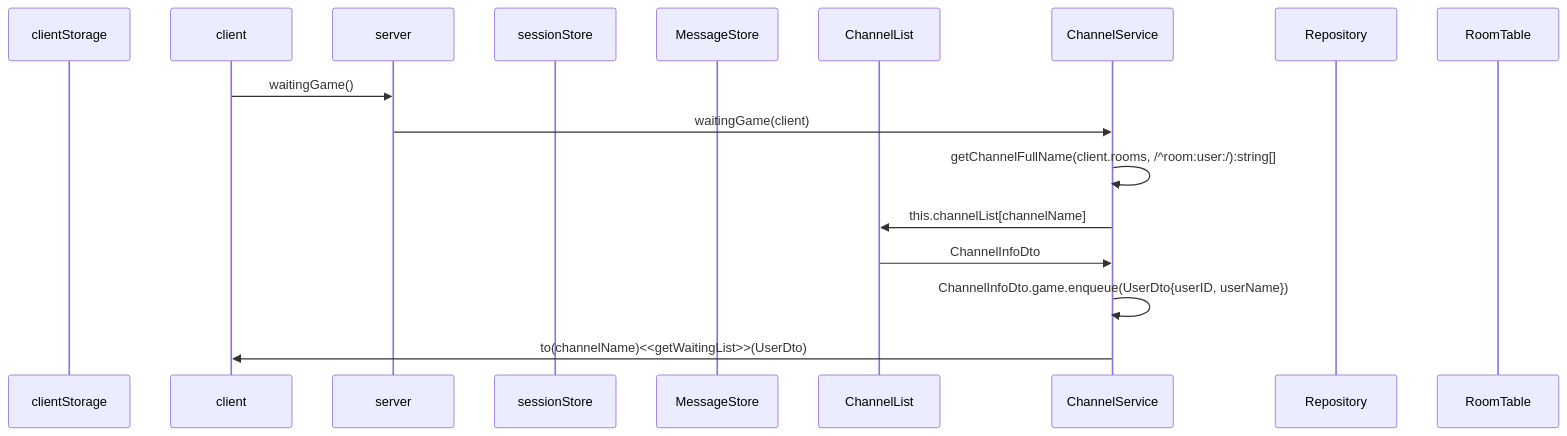
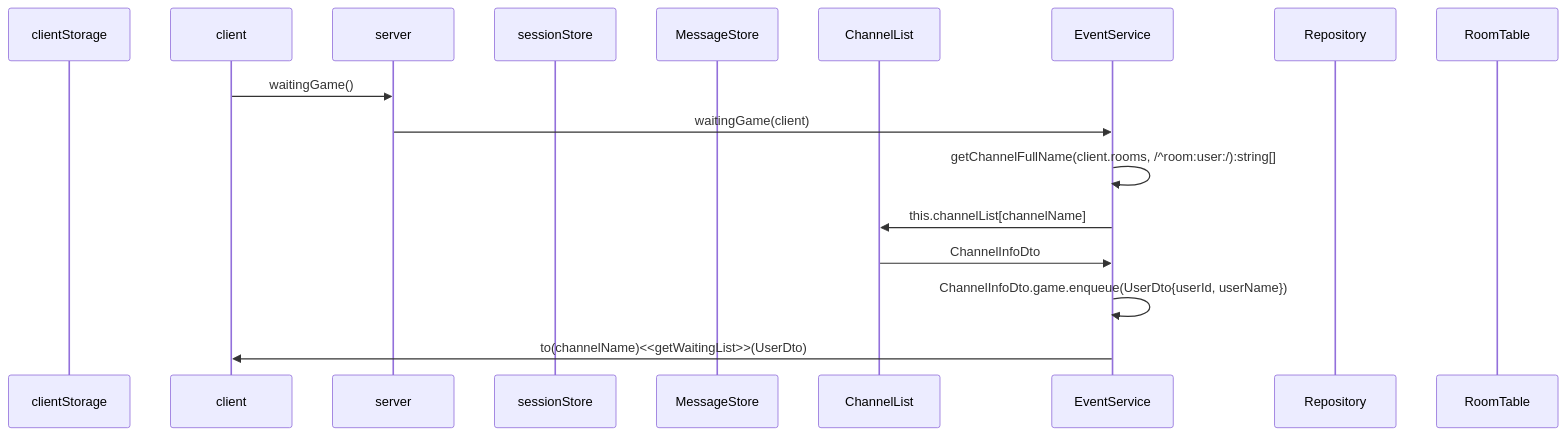
Before and after one commit to mtak0235/simmons_transcendence: diagram 15 of 19 in backend/node/app/event.md, drawn with Mermaid. The commit also changed other lines of this file and 1 other file, not shown here.

````diff
--- a/backend/node/app/event.md
+++ b/backend/node/app/event.md
@@ -398,20 +375,20 @@
 ```mermaid
 sequenceDiagram
 participant cls as clientStorage
 participant c as client
 participant ga as server
 participant ss as sessionStore
 participant ms as MessageStore
 participant cns as ChannelList
-participant cs as ChannelService
+participant cs as EventService
 participant r as Repository
 participant rt as RoomTable
 
 c->>ga: waitingGame()
 ga->>cs: waitingGame(client)
 cs->>cs: getChannelFullName(client.rooms, /^room:user:/):string[]
 cs->>cns: this.channelList[channelName]
 cns->>cs: ChannelInfoDto
-cs->>cs: ChannelInfoDto.game.enqueue(UserDto{userID, userName})
+cs->>cs: ChannelInfoDto.game.enqueue(UserDto{userId, userName})
 cs->>c: to(channelName)<<getWaitingList>>(UserDto)
 ```
````
